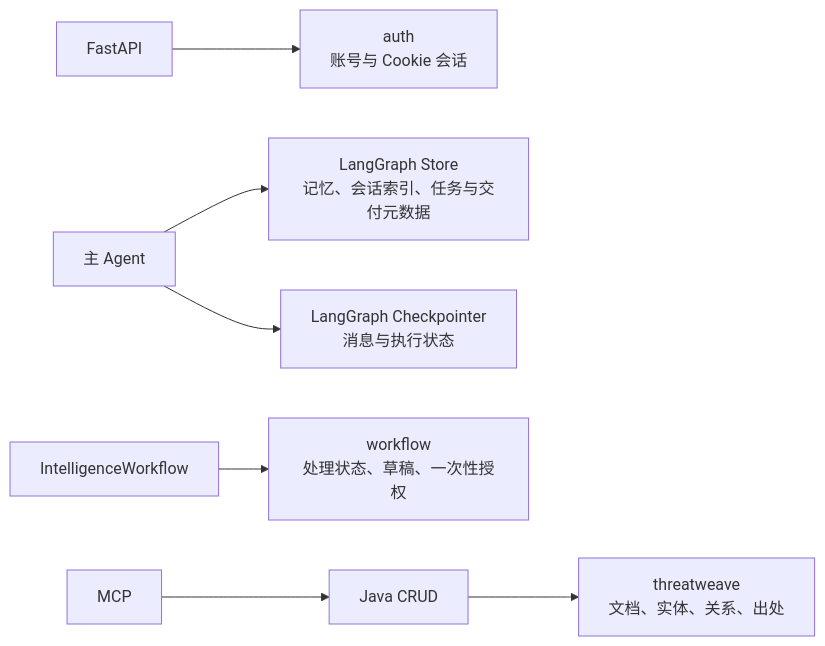
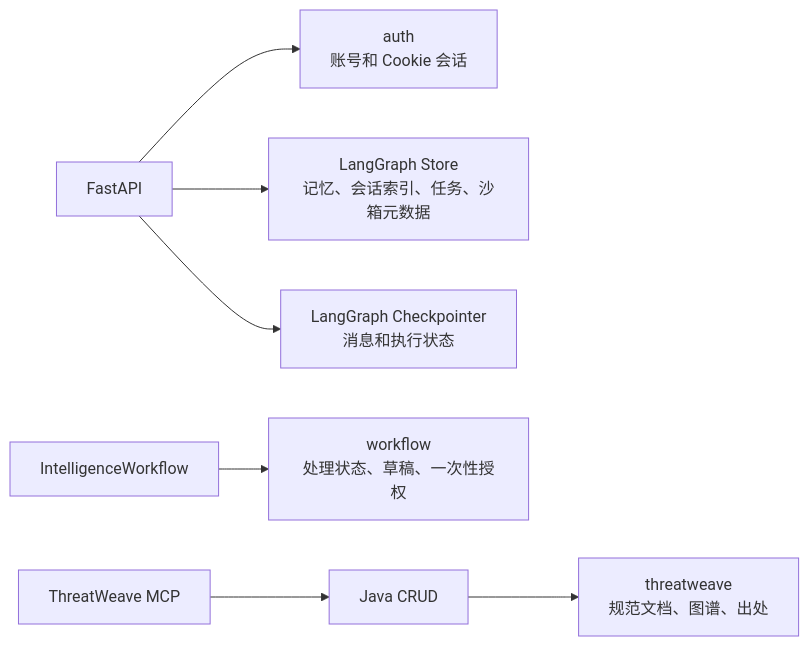
The seventh of 9 diagrams in doc/PROJECT_DOCUMENTATION.md (greenC2h/ThreatWeave), drawn with Mermaid before and after one commit. The commit also changed other lines of this file and 3 other files, not shown here.

````diff
--- a/doc/PROJECT_DOCUMENTATION.md
+++ b/doc/PROJECT_DOCUMENTATION.md
@@ -249,15 +429,15 @@
 ```mermaid
 flowchart LR
-    AUTH["auth<br/>账号与 Cookie 会话"]
-    MEMORY["LangGraph Store<br/>记忆、会话索引、任务与交付元数据"]
-    CHECKPOINT["LangGraph Checkpointer<br/>消息与执行状态"]
+    AUTH["auth<br/>账号和 Cookie 会话"]
+    STORE["LangGraph Store<br/>记忆、会话索引、任务、沙箱元数据"]
+    CHECK["LangGraph Checkpointer<br/>消息和执行状态"]
     FLOW["workflow<br/>处理状态、草稿、一次性授权"]
-    INTEL["threatweave<br/>文档、实体、关系、出处"]
+    INTEL["threatweave<br/>规范文档、图谱、出处"]
 
     API["FastAPI"] --> AUTH
-    MAIN["主 Agent"] --> MEMORY
-    MAIN --> CHECKPOINT
-    WORKFLOW["IntelligenceWorkflow"] --> FLOW
-    JAVA["Java CRUD"] --> INTEL
-    MCP["MCP"] --> JAVA
+    API --> STORE
+    API --> CHECK
+    WF["IntelligenceWorkflow"] --> FLOW
+    MCP["ThreatWeave MCP"] --> JAVA["Java CRUD"]
+    JAVA --> INTEL
 ```
````
